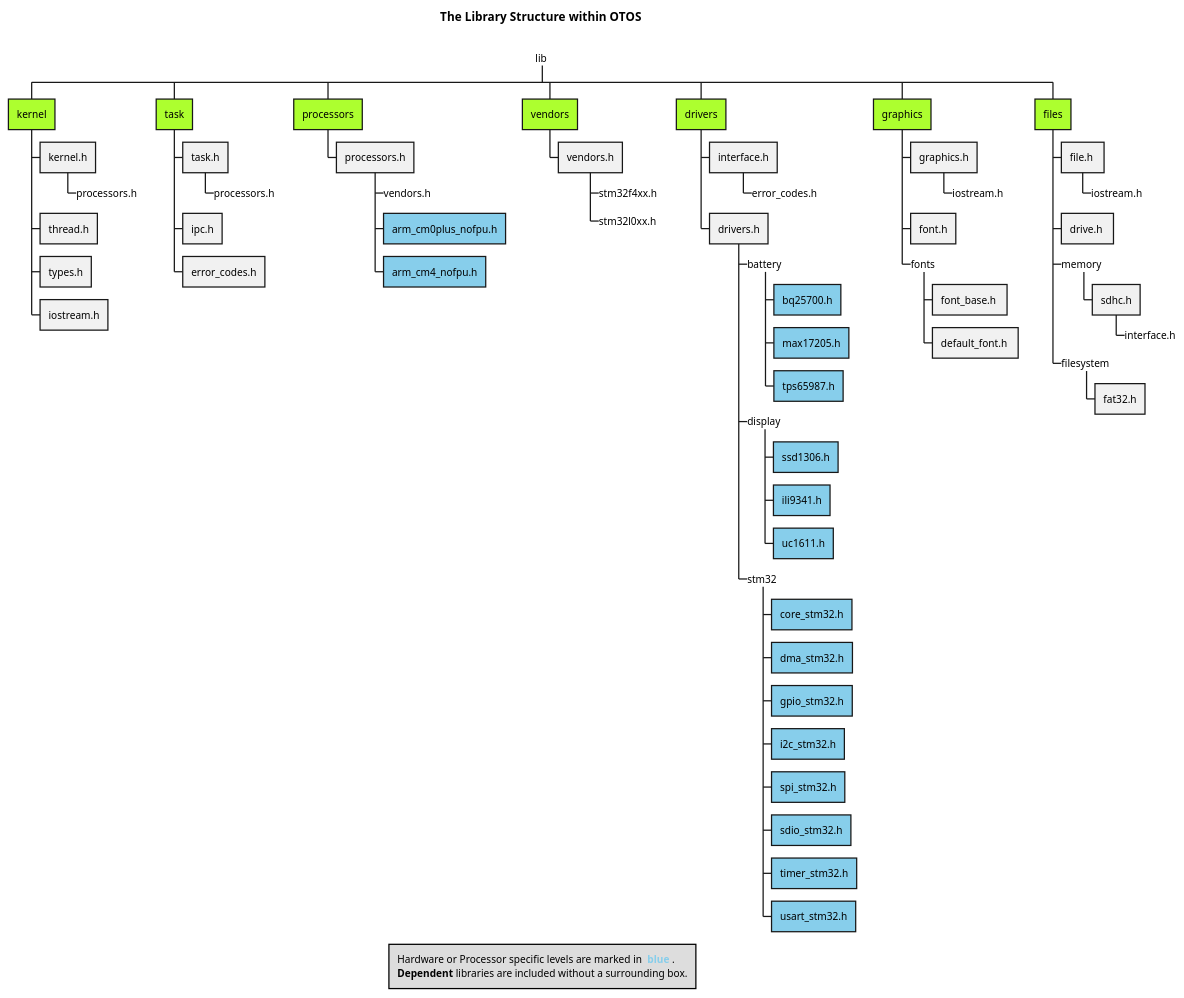
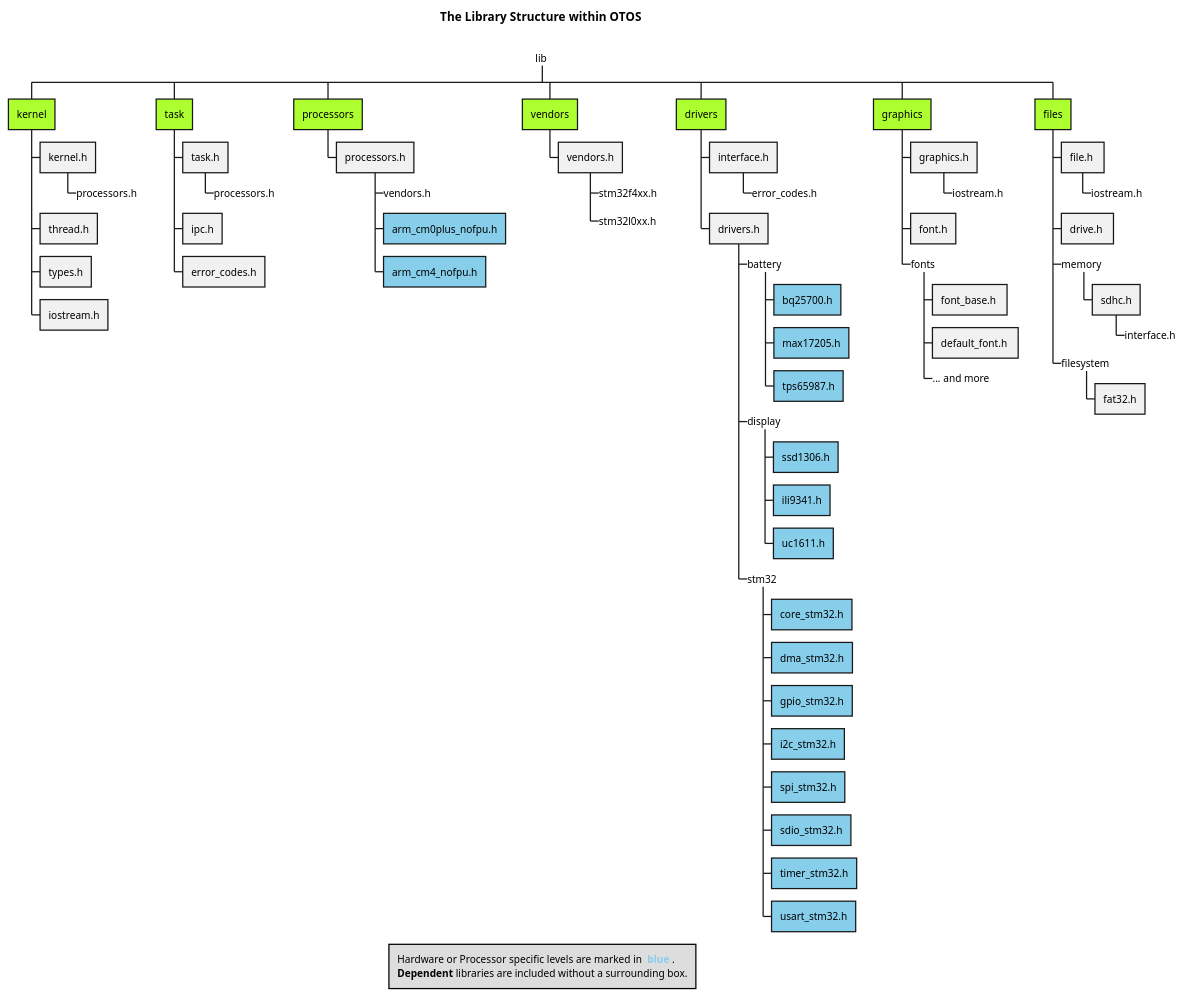
One commit to SebastianOberschwendtner/OTOS changed the diagram in doc/UML/WBS_LibStructure.puml. Above: the diagram before and after it, drawn with PlantUML.

Commit message:
:memo: Updates library structure documentation.

```diff
--- a/doc/UML/WBS_LibStructure.puml
+++ b/doc/UML/WBS_LibStructure.puml
@@ -1,79 +1,80 @@
 @startwbs WBS_LibStructure
 title The Library Structure within **OTOS** \n
 legend Hardware or Processor specific levels are marked in **<color #SkyBlue> blue </color>**.\n<b>Dependent</b> libraries are included without a surrounding box.
 
 *_ lib
 
 ' === Kernel ===
 **[#GreenYellow] kernel
 *** kernel.h
 ****_ processors.h
 ' *** schedule.h
 *** thread.h
 *** types.h
 *** iostream.h
 
 ' === Task ===
 **[#GreenYellow] task
 *** task.h
 ****_ processors.h
 *** ipc.h
 *** error_codes.h
 
 ' === Processors ===
 **[#GreenYellow] processors
 *** processors.h
 ****_ vendors.h
 ****[#SkyBlue] arm_cm0plus_nofpu.h
 ****[#SkyBlue] arm_cm4_nofpu.h
 
 ' === Vendors ===
 **[#GreenYellow] vendors
 *** vendors.h
 ****_ stm32f4xx.h
 ****_ stm32l0xx.h
 
 ' === Drivers ===
 **[#GreenYellow] drivers
 *** interface.h
 ****_ error_codes.h
 *** drivers.h
 ****_ battery
 *****[#SkyBlue] bq25700.h
 *****[#SkyBlue] max17205.h
 *****[#SkyBlue] tps65987.h
 ****_ display
 *****[#SkyBlue] ssd1306.h
 *****[#SkyBlue] ili9341.h
 *****[#SkyBlue] uc1611.h
 ****_ stm32
 *****[#SkyBlue] core_stm32.h
 *****[#SkyBlue] dma_stm32.h
 *****[#SkyBlue] gpio_stm32.h
 *****[#SkyBlue] i2c_stm32.h
 *****[#SkyBlue] spi_stm32.h
 *****[#SkyBlue] sdio_stm32.h
 *****[#SkyBlue] timer_stm32.h
 *****[#SkyBlue] usart_stm32.h
 
 ' === Graphics ===
 **[#GreenYellow] graphics
 *** graphics.h
 ****_ iostream.h
 *** font.h
 ***_ fonts
 **** font_base.h 
 **** default_font.h 
+****_ ... and more
 
 ' === Files ===
 **[#GreenYellow] files
 *** file.h 
 ****_ iostream.h
 *** drive.h 
 ***_ memory 
 **** sdhc.h
 *****_ interface.h
 ***_ filesystem
 **** fat32.h
 
 @endwbs
```
